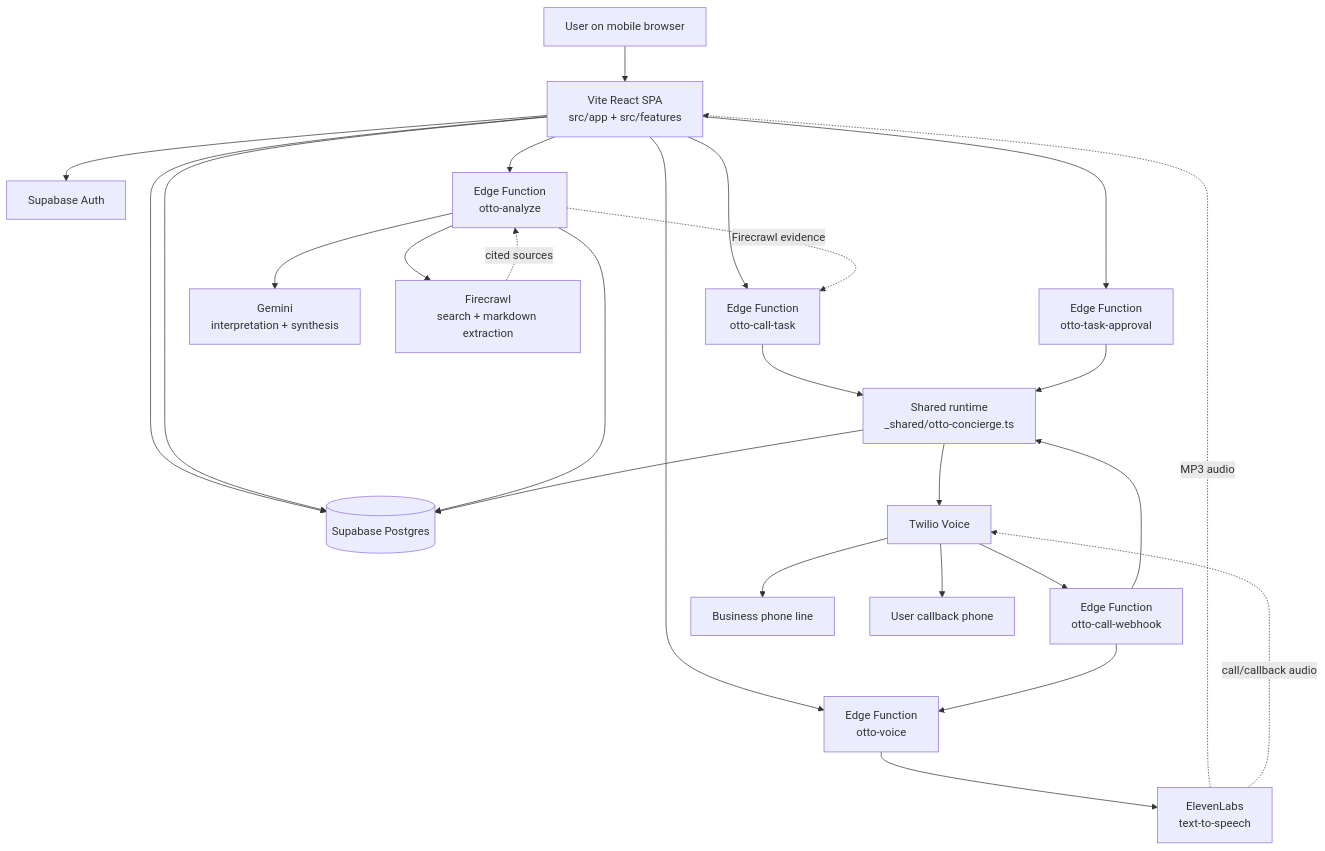
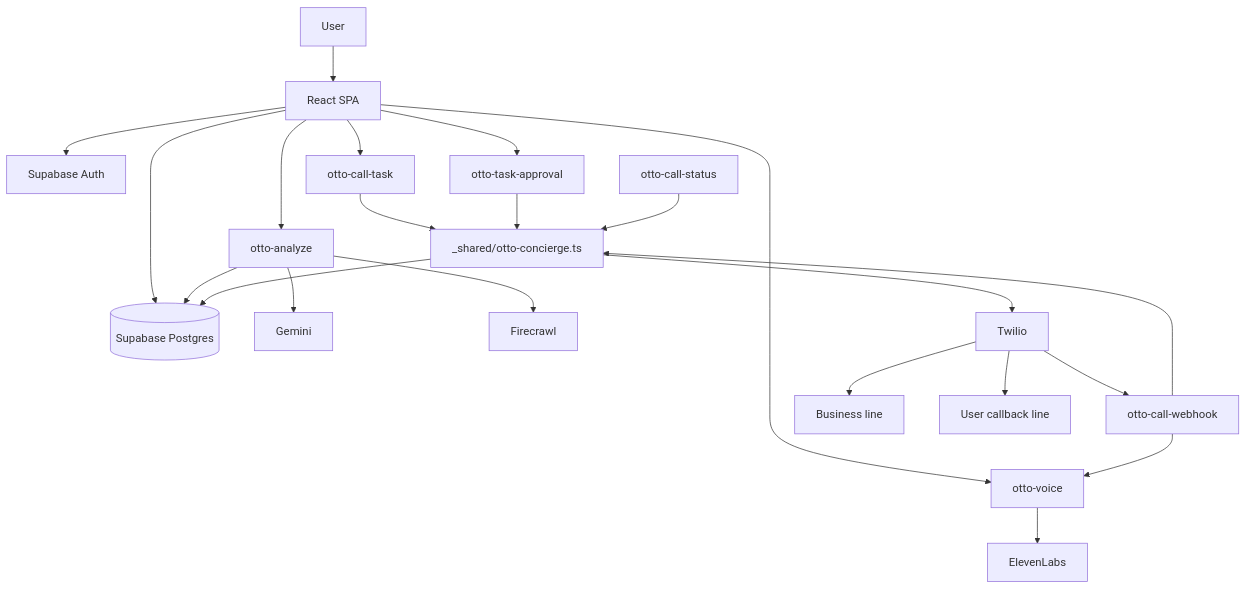
One commit to Manoj7ar/Otto changed the diagram in README.md. Above: the diagram before and after it, drawn with Mermaid. The commit also changed other lines of this file, not shown here.

Commit message:
Rewrite README around Firecrawl and ElevenLabs

````diff
--- a/README.md
+++ b/README.md
@@ -24,52 +72,48 @@
 ```mermaid
 flowchart TD
-    U[User on mobile browser]
-    FE[Vite React SPA<br/>src/app + src/features]
+    U[User]
+    FE[React SPA]
     SA[Supabase Auth]
     DB[(Supabase Postgres)]
 
-    OA[Edge Function<br/>otto-analyze]
-    OV[Edge Function<br/>otto-voice]
-    OCT[Edge Function<br/>otto-call-task]
-    OAP[Edge Function<br/>otto-task-approval]
-    OCW[Edge Function<br/>otto-call-webhook]
-    SH[Shared runtime<br/>_shared/otto-concierge.ts]
+    OA[otto-analyze]
+    OV[otto-voice]
+    OCT[otto-call-task]
+    OAP[otto-task-approval]
+    OCW[otto-call-webhook]
+    OCS[otto-call-status]
+    SH[_shared/otto-concierge.ts]
 
-    GM[Gemini<br/>interpretation + synthesis]
-    FC[Firecrawl<br/>search + markdown extraction]
-    EL[ElevenLabs<br/>text-to-speech]
-    TW[Twilio Voice]
-    BIZ[Business phone line]
-    CB[User callback phone]
+    GM[Gemini]
+    FC[Firecrawl]
+    EL[ElevenLabs]
+    TW[Twilio]
+    BIZ[Business line]
+    USER[User callback line]
 
     U --> FE
     FE --> SA
-    FE --> DB
     FE --> OA
     FE --> OV
     FE --> OCT
     FE --> OAP
     FE --> DB
 
     OA --> DB
     OA --> GM
     OA --> FC
 
     OCT --> SH
     OAP --> SH
     OCW --> SH
+    OCS --> SH
     SH --> DB
     SH --> TW
 
     OV --> EL
     OCW --> OV
 
     TW --> OCW
     TW --> BIZ
-    TW --> CB
-
-    OA -. Firecrawl evidence .-> OCT
-    FC -. cited sources .-> OA
-    EL -. MP3 audio .-> FE
-    EL -. call/callback audio .-> TW
+    TW --> USER
 ```
````
